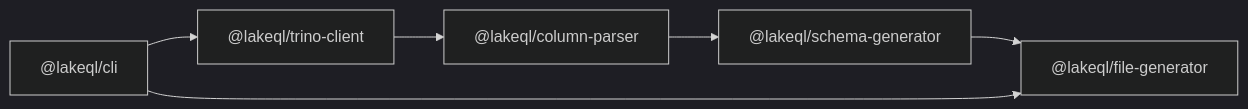
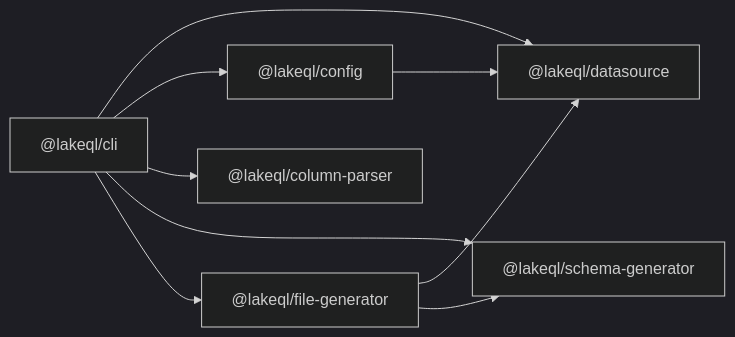
One commit to noxify/lakeql changed the first of 2 diagrams in apps/docs/content/lakeql/01.introduction/03.package-map.mdx. Above: the diagram before and after it, drawn with Mermaid (dark theme). The commit also changed other lines of this file and 962 other files, not shown here.

First line of the commit message:
feat!: LakeQL 1.0 — first stable release on the adapter-based architecture

````diff
--- a/apps/docs/content/lakeql/01.introduction/03.package-map.mdx
+++ b/apps/docs/content/lakeql/01.introduction/03.package-map.mdx
@@ -60,8 +98,11 @@
-```mermaid preview
+```mermaid
 flowchart LR
-    cli["@lakeql/cli"] --> tc["@lakeql/trino-client"]
-    tc --> cp["@lakeql/column-parser"]
-    cp --> sg["@lakeql/schema-generator"]
-    sg --> fg["@lakeql/file-generator"]
-    cli --> fg
+    cli["@lakeql/cli"] --> ds["@lakeql/datasource"]
+    cli --> cfg["@lakeql/config"]
+    cli --> cp["@lakeql/column-parser"]
+    cli --> sg["@lakeql/schema-generator"]
+    cli --> fg["@lakeql/file-generator"]
+    fg --> ds
+    fg --> sg
+    cfg --> ds
 ```
````
